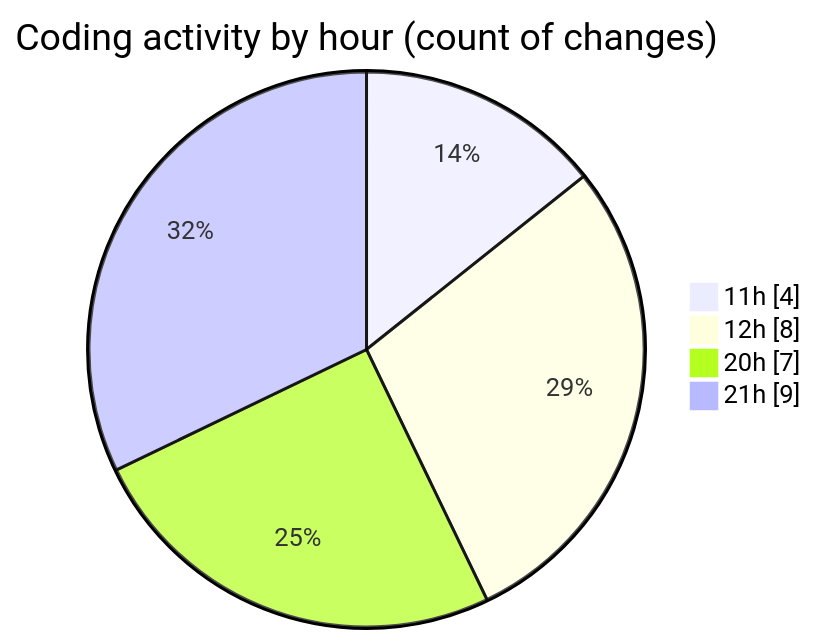
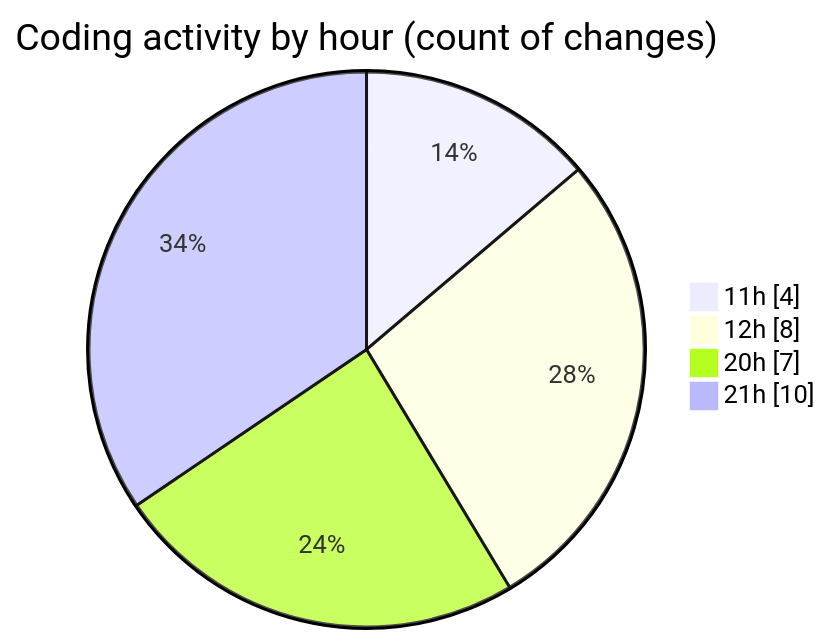
One commit to nxtqubesakshisongat/code-tracking changed the second of 2 diagrams in 2025-10-24/javacript/README.md. Above: the diagram before and after it, drawn with Mermaid. The commit also changed other lines of this file and 1 other file, not shown here.

````diff
--- a/2025-10-24/javacript/README.md
+++ b/2025-10-24/javacript/README.md
@@ -28,8 +28,8 @@
 ```mermaid
 pie showData
 title Coding activity by hour (count of changes)
 "11h" : 4
 "12h" : 8
 "20h" : 7
-"21h" : 9
+"21h" : 10
 ```
````
